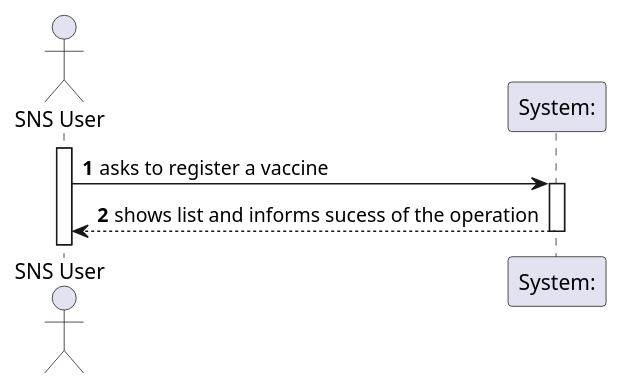
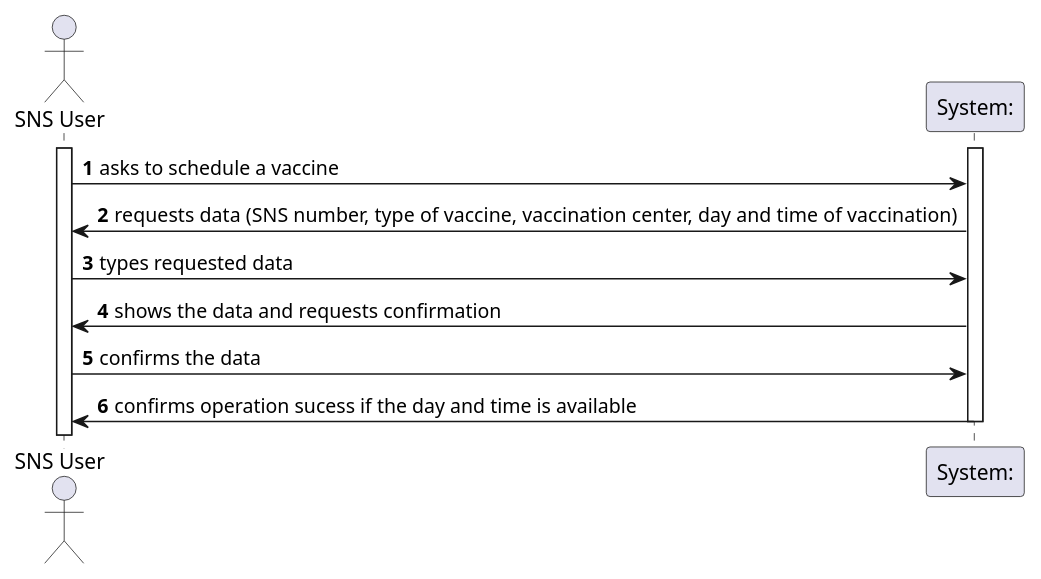
One commit to osnilas/SNSsystem changed the diagram in docs/SprintC/US001/US001_SSD.puml. Above: the diagram before and after it, drawn with PlantUML. The commit also changed 1 other file, not shown here.

```diff
--- a/docs/SprintC/US001/US001_SSD.puml
+++ b/docs/SprintC/US001/US001_SSD.puml
@@ -1,12 +1,18 @@
 @startuml
 'https://plantuml.com/sequence-diagram
 
 autonumber
 actor "SNS User" as user
 
 activate user
-user-> "System:" : asks to register a vaccine
 activate "System:"
-"System:" --> user : shows list and informs sucess of the operation
+user-> "System:" : asks to schedule a vaccine
+"System:" -> user : requests data (SNS number, type of vaccine, vaccination center, day and time of vaccination)
+user-> "System:" : types requested data
+user<- "System:" : shows the data and requests confirmation
+user-> "System:" : confirms the data
+user<- "System:" : confirms operation sucess if the day and time is available
+
 deactivate "System:"
+
 @enduml
```
